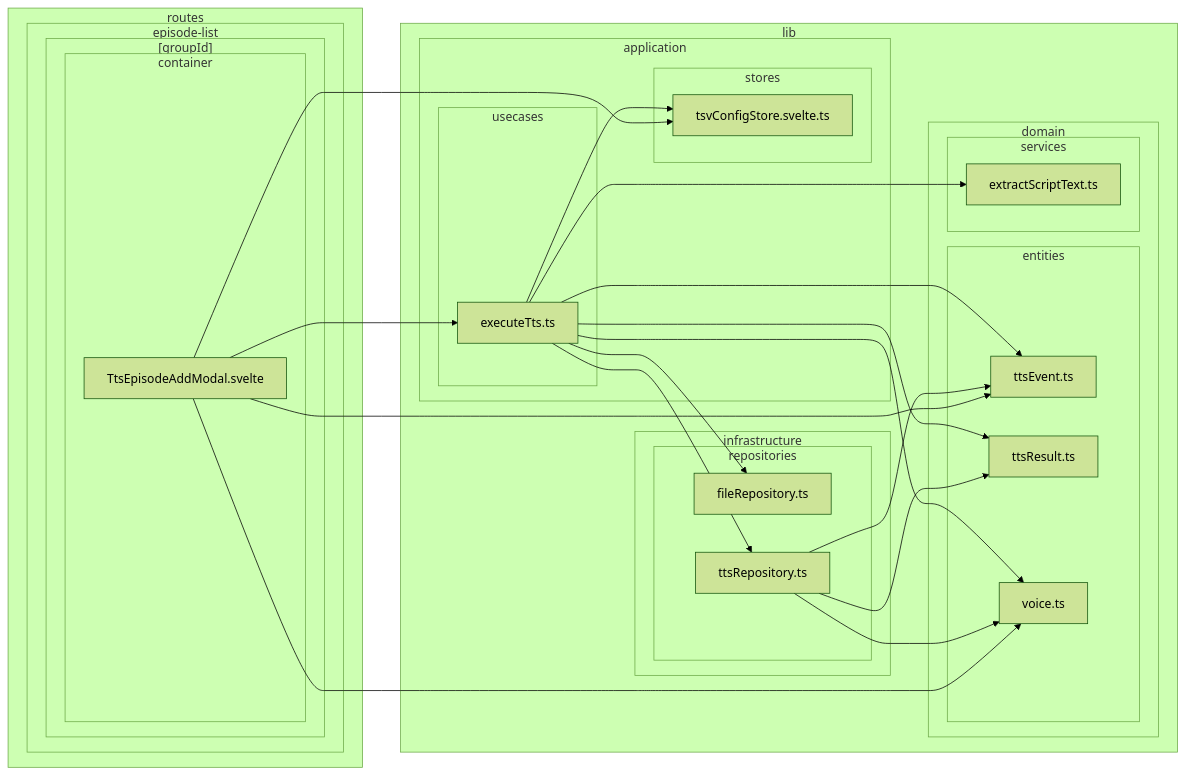
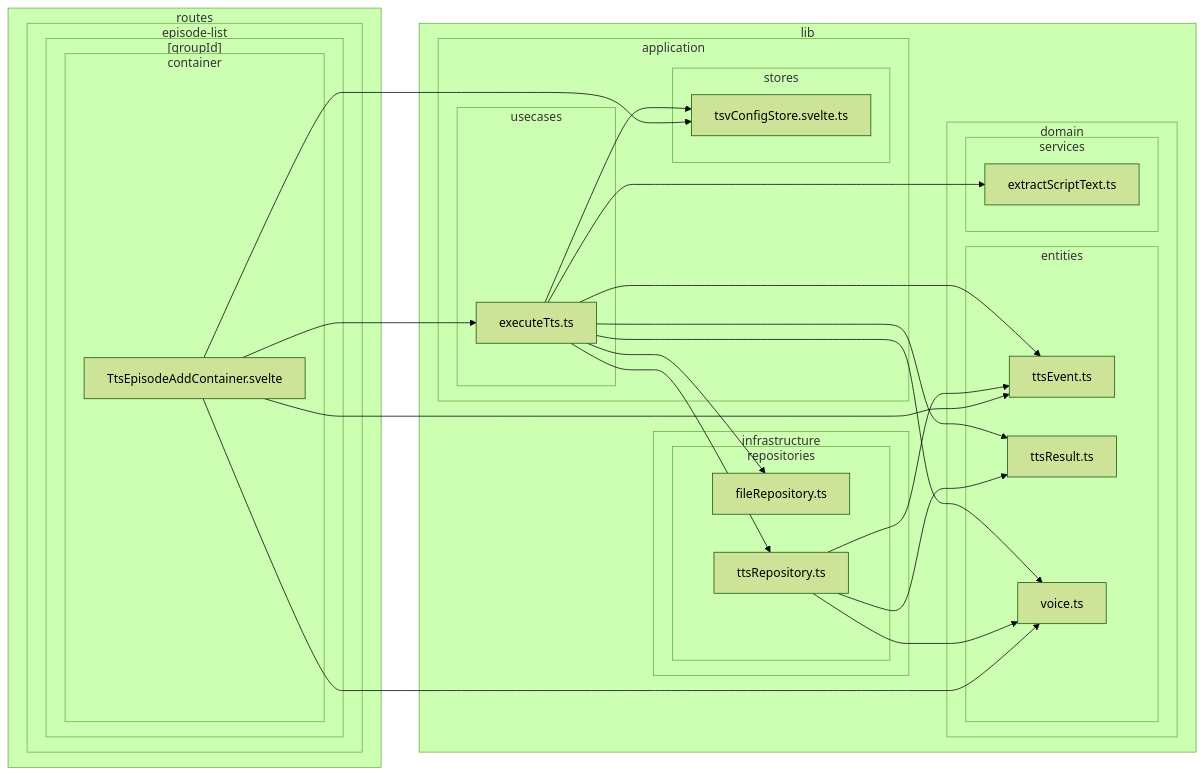
One commit to k5n/kotonoha changed diagram 13 of 38 in doc/dependency-graph.md. Above: the diagram before and after it, drawn with Mermaid (forest theme). The commit also changed other lines of this file and 5 other files, not shown here.

First line of the commit message:
refactor: replace modal components for episode addition with container components

````diff
--- a/doc/dependency-graph.md
+++ b/doc/dependency-graph.md
@@ -583,52 +583,52 @@
 ```mermaid
 graph LR
         subgraph sg_lib ["lib"]
             subgraph sg_lib_application ["application"]
                 subgraph sg_lib_application_stores ["stores"]
                     src_lib_application_stores_tsvConfigStore_svelte_ts["tsvConfigStore.svelte.ts"]
                 end
                 subgraph sg_lib_application_usecases ["usecases"]
                     src_lib_application_usecases_executeTts_ts["executeTts.ts"]
                 end
             end
             subgraph sg_lib_domain ["domain"]
                 subgraph sg_lib_domain_entities ["entities"]
                     src_lib_domain_entities_ttsEvent_ts["ttsEvent.ts"]
                     src_lib_domain_entities_ttsResult_ts["ttsResult.ts"]
                     src_lib_domain_entities_voice_ts["voice.ts"]
                 end
                 subgraph sg_lib_domain_services ["services"]
                     src_lib_domain_services_extractScriptText_ts["extractScriptText.ts"]
                 end
             end
             subgraph sg_lib_infrastructure ["infrastructure"]
                 subgraph sg_lib_infrastructure_repositories ["repositories"]
                     src_lib_infrastructure_repositories_fileRepository_ts["fileRepository.ts"]
                     src_lib_infrastructure_repositories_ttsRepository_ts["ttsRepository.ts"]
                 end
             end
         end
         subgraph sg_routes ["routes"]
             subgraph sg_routes_episode_list ["episode-list"]
                 subgraph sg_routes_episode_list__groupId_ ["[groupId]"]
                     subgraph sg_routes_episode_list__groupId__container ["container"]
-                        src_routes_episode_list__groupId__container_TtsEpisodeAddModal_svelte["TtsEpisodeAddModal.svelte"]
+                        src_routes_episode_list__groupId__container_TtsEpisodeAddContainer_svelte["TtsEpisodeAddContainer.svelte"]
                     end
                 end
             end
         end
     src_lib_application_usecases_executeTts_ts --> src_lib_application_stores_tsvConfigStore_svelte_ts
     src_lib_application_usecases_executeTts_ts --> src_lib_domain_entities_ttsEvent_ts
     src_lib_application_usecases_executeTts_ts --> src_lib_domain_entities_ttsResult_ts
     src_lib_application_usecases_executeTts_ts --> src_lib_domain_entities_voice_ts
     src_lib_application_usecases_executeTts_ts --> src_lib_domain_services_extractScriptText_ts
     src_lib_application_usecases_executeTts_ts --> src_lib_infrastructure_repositories_fileRepository_ts
     src_lib_application_usecases_executeTts_ts --> src_lib_infrastructure_repositories_ttsRepository_ts
     src_lib_infrastructure_repositories_ttsRepository_ts --> src_lib_domain_entities_ttsEvent_ts
     src_lib_infrastructure_repositories_ttsRepository_ts --> src_lib_domain_entities_ttsResult_ts
     src_lib_infrastructure_repositories_ttsRepository_ts --> src_lib_domain_entities_voice_ts
-    src_routes_episode_list__groupId__container_TtsEpisodeAddModal_svelte --> src_lib_application_stores_tsvConfigStore_svelte_ts
-    src_routes_episode_list__groupId__container_TtsEpisodeAddModal_svelte --> src_lib_application_usecases_executeTts_ts
-    src_routes_episode_list__groupId__container_TtsEpisodeAddModal_svelte --> src_lib_domain_entities_ttsEvent_ts
-    src_routes_episode_list__groupId__container_TtsEpisodeAddModal_svelte --> src_lib_domain_entities_voice_ts
+    src_routes_episode_list__groupId__container_TtsEpisodeAddContainer_svelte --> src_lib_application_stores_tsvConfigStore_svelte_ts
+    src_routes_episode_list__groupId__container_TtsEpisodeAddContainer_svelte --> src_lib_application_usecases_executeTts_ts
+    src_routes_episode_list__groupId__container_TtsEpisodeAddContainer_svelte --> src_lib_domain_entities_ttsEvent_ts
+    src_routes_episode_list__groupId__container_TtsEpisodeAddContainer_svelte --> src_lib_domain_entities_voice_ts
 ```
````
